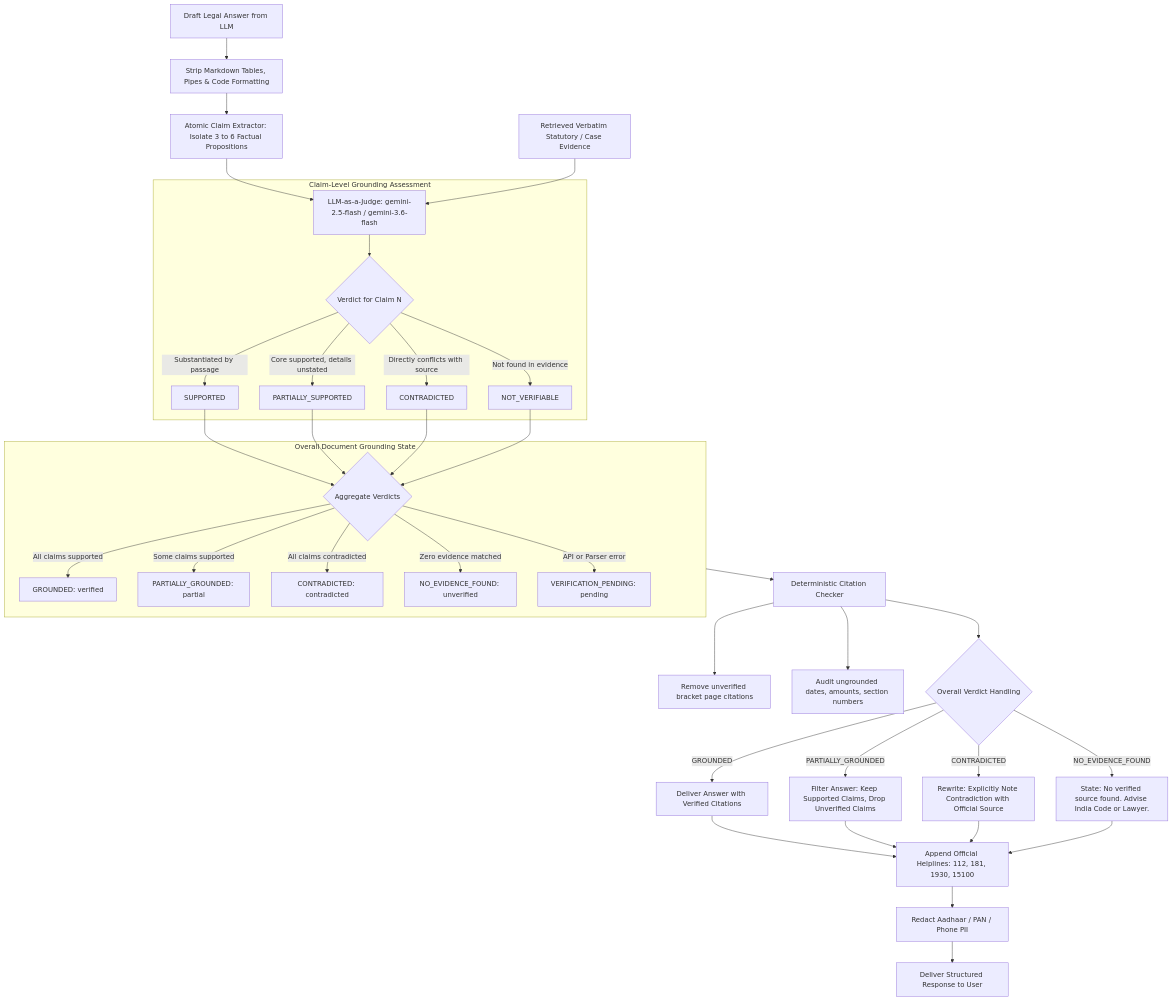
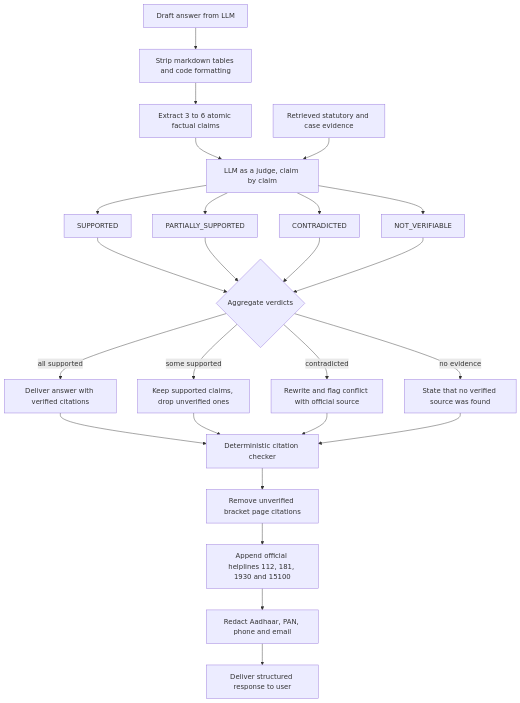
One commit to tanisha-64/NyayaPramaan changed the seventh of 12 diagrams in README.md. Above: the diagram before and after it, drawn with Mermaid. The commit also changed other lines of this file, not shown here.

Commit message:
docs: fix all mermaid diagrams, update structure and add troubleshooting

````diff
--- a/README.md
+++ b/README.md
@@ -448,45 +433,32 @@
 ```mermaid
 flowchart TD
-    Raw["Draft Legal Answer from LLM"] --> StripMD["Strip Markdown Tables, Pipes & Code Formatting"]
-    StripMD --> ClaimExtractor["Atomic Claim Extractor: Isolate 3 to 6 Factual Propositions"]
-    
-    ClaimExtractor --> LLMJudge["LLM-as-a-Judge: gemini-2.5-flash / gemini-3.6-flash"]
-    RetrievedEvidence["Retrieved Verbatim Statutory / Case Evidence"] --> LLMJudge
-    
-    subgraph ClaimEvaluation["Claim-Level Grounding Assessment"]
-        LLMJudge --> V1{"Verdict for Claim N"}
-        V1 -->|Substantiated by passage| S1["SUPPORTED"]
-        V1 -->|Core supported, details unstated| S2["PARTIALLY_SUPPORTED"]
-        V1 -->|Directly conflicts with source| S3["CONTRADICTED"]
-        V1 -->|Not found in evidence| S4["NOT_VERIFIABLE"]
-    end
-    
-    subgraph OverallState["Overall Document Grounding State"]
-        S1 --> StateEngine{"Aggregate Verdicts"}
-        S2 --> StateEngine
-        S3 --> StateEngine
-        S4 --> StateEngine
-        StateEngine -->|All claims supported| G["GROUNDED: verified"]
-        StateEngine -->|Some claims supported| PG["PARTIALLY_GROUNDED: partial"]
-        StateEngine -->|All claims contradicted| C["CONTRADICTED: contradicted"]
-        StateEngine -->|Zero evidence matched| NE["NO_EVIDENCE_FOUND: unverified"]
-        StateEngine -->|API or Parser error| VP["VERIFICATION_PENDING: pending"]
-    end
-    
-    OverallState --> DeterministicChk["Deterministic Citation Checker"]
-    DeterministicChk --> BracketStripper["Remove unverified bracket page citations"]
-    DeterministicChk --> SpecificsAudit["Audit ungrounded dates, amounts, section numbers"]
-    
-    DeterministicChk --> FilterAction{"Overall Verdict Handling"}
-    FilterAction -->|GROUNDED| DeliverFull["Deliver Answer with Verified Citations"]
-    FilterAction -->|PARTIALLY_GROUNDED| FilterClaims["Filter Answer: Keep Supported Claims, Drop Unverified Claims"]
-    FilterAction -->|CONTRADICTED| RewriteContradiction["Rewrite: Explicitly Note Contradiction with Official Source"]
-    FilterAction -->|NO_EVIDENCE_FOUND| SafeRefusal["State: No verified source found. Advise India Code or Lawyer."]
-    
-    DeliverFull --> Helplines["Append Official Helplines: 112, 181, 1930, 15100"]
-    FilterClaims --> Helplines
-    RewriteContradiction --> Helplines
-    SafeRefusal --> Helplines
-    Helplines --> RedactOut["Redact Aadhaar / PAN / Phone PII"]
-    RedactOut --> FinalClient["Deliver Structured Response to User"]
+    Raw["Draft answer from LLM"] --> Strip["Strip markdown tables and code formatting"]
+    Strip --> Extract["Extract 3 to 6 atomic factual claims"]
+    Judge["LLM as a judge, claim by claim"]
+    Extract --> Judge
+    Evidence["Retrieved statutory and case evidence"] --> Judge
+
+    Judge --> V1["SUPPORTED"]
+    Judge --> V2["PARTIALLY_SUPPORTED"]
+    Judge --> V3["CONTRADICTED"]
+    Judge --> V4["NOT_VERIFIABLE"]
+
+    V1 --> Agg{"Aggregate verdicts"}
+    V2 --> Agg
+    V3 --> Agg
+    V4 --> Agg
+
+    Agg -->|"all supported"| Full["Deliver answer with verified citations"]
+    Agg -->|"some supported"| Partial["Keep supported claims, drop unverified ones"]
+    Agg -->|"contradicted"| Rewrite["Rewrite and flag conflict with official source"]
+    Agg -->|"no evidence"| Refuse["State that no verified source was found"]
+
+    Full --> Cite["Deterministic citation checker"]
+    Partial --> Cite
+    Rewrite --> Cite
+    Refuse --> Cite
+    Cite --> Bracket["Remove unverified bracket page citations"]
+    Bracket --> Help["Append official helplines 112, 181, 1930 and 15100"]
+    Help --> Pii["Redact Aadhaar, PAN, phone and email"]
+    Pii --> Final["Deliver structured response to user"]
 ```
````
